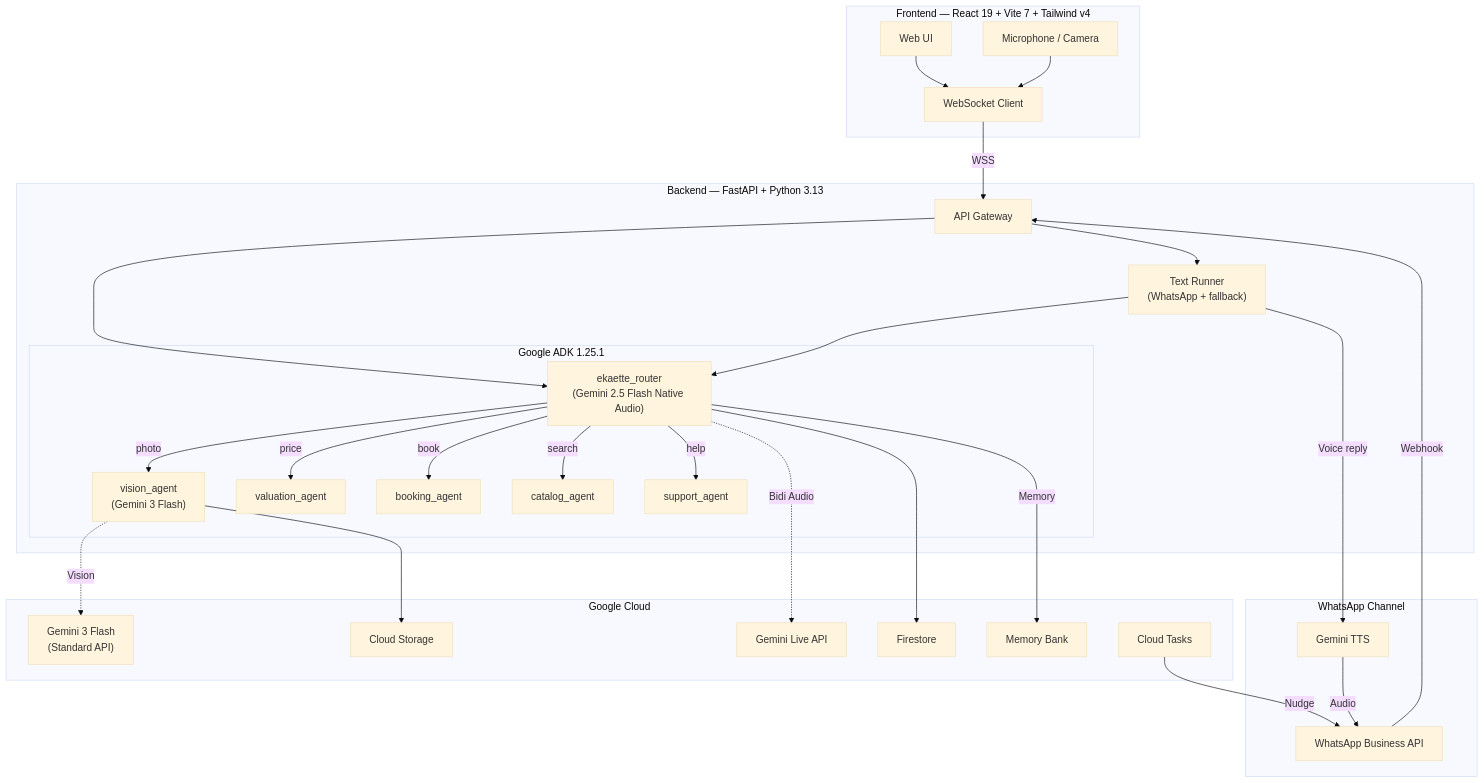
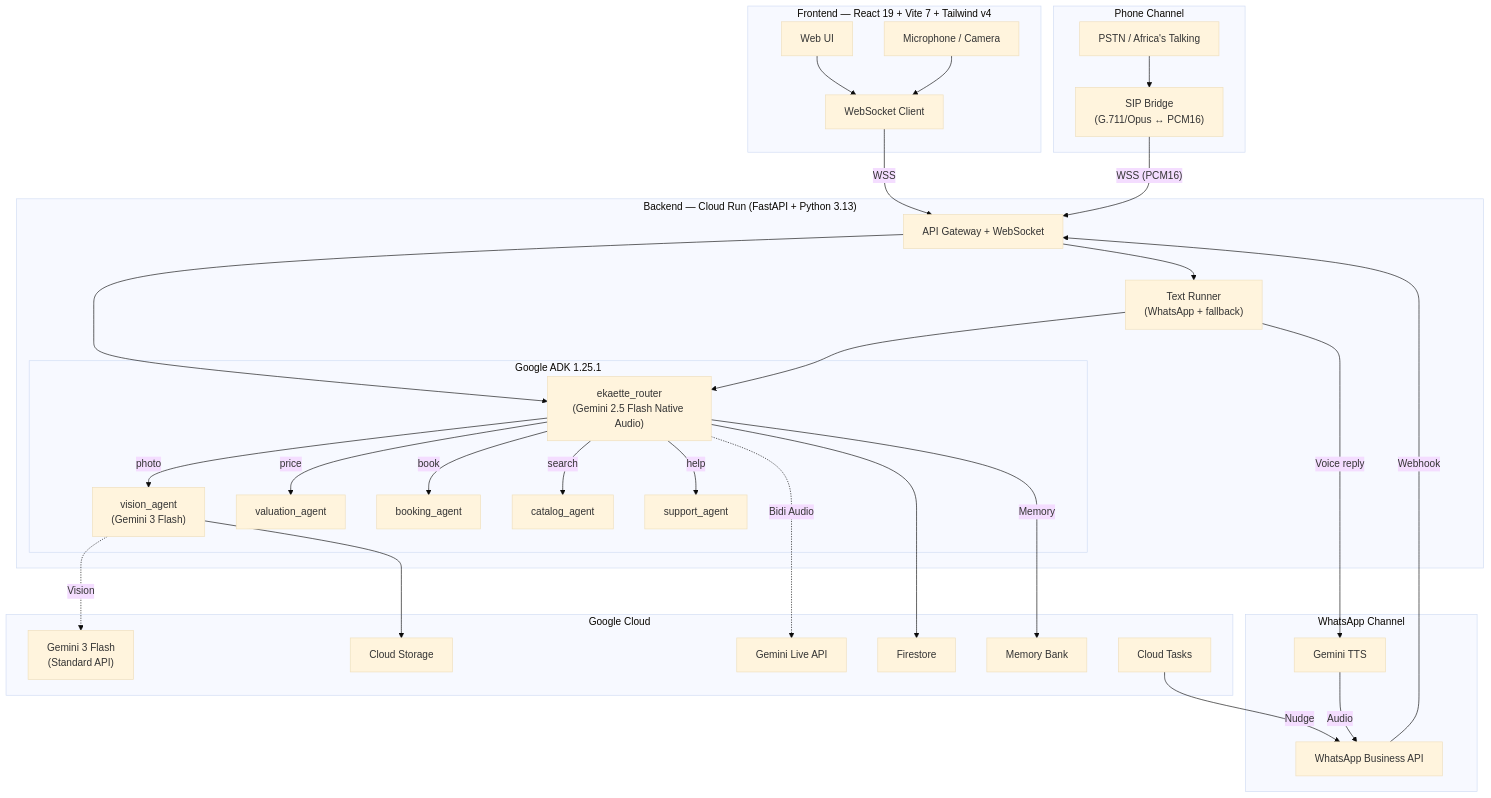
The diagram in docs/architecture/readme-architecture.mmd (ogabasseyy/ekaette), drawn with Mermaid (base theme) before and after one commit. The commit also changed 32 other files, not shown here.

First line of the commit message:
Single AI Brain: SIP bridge gateway mode routes through Cloud Run ADK

```diff
--- a/docs/architecture/readme-architecture.mmd
+++ b/docs/architecture/readme-architecture.mmd
@@ -1,54 +1,61 @@
 graph TB
     subgraph "Frontend — React 19 + Vite 7 + Tailwind v4"
         UI["Web UI"]
         WS["WebSocket Client"]
         MIC["Microphone / Camera"]
     end
 
     subgraph "WhatsApp Channel"
         WA["WhatsApp Business API"]
         TTS["Gemini TTS"]
     end
 
-    subgraph "Backend — FastAPI + Python 3.13"
-        GW["API Gateway"]
+    subgraph "Phone Channel"
+        PHONE["PSTN / Africa's Talking"]
+        SIP_B["SIP Bridge<br/>(G.711/Opus ↔ PCM16)"]
+    end
+
+    subgraph "Backend — Cloud Run (FastAPI + Python 3.13)"
+        GW["API Gateway + WebSocket"]
         subgraph "Google ADK 1.25.1"
             ROOT["ekaette_router<br/>(Gemini 2.5 Flash Native Audio)"]
             VA["vision_agent<br/>(Gemini 3 Flash)"]
             VLA["valuation_agent"]
             BA["booking_agent"]
             CA["catalog_agent"]
             SA["support_agent"]
         end
         TR["Text Runner<br/>(WhatsApp + fallback)"]
     end
 
     subgraph "Google Cloud"
         LIVE["Gemini Live API"]
         G3F["Gemini 3 Flash<br/>(Standard API)"]
         FS["Firestore"]
         CS["Cloud Storage"]
         MB["Memory Bank"]
         CT["Cloud Tasks"]
     end
 
     UI --> WS
     MIC --> WS
     WS -->|"WSS"| GW
     WA -->|"Webhook"| GW
+    PHONE --> SIP_B
+    SIP_B -->|"WSS (PCM16)"| GW
     GW --> ROOT
     GW --> TR
     TR --> ROOT
     ROOT -->|"photo"| VA
     ROOT -->|"price"| VLA
     ROOT -->|"book"| BA
     ROOT -->|"search"| CA
     ROOT -->|"help"| SA
     ROOT -.->|"Bidi Audio"| LIVE
     VA -.->|"Vision"| G3F
     ROOT --> FS
     VA --> CS
     ROOT -->|"Memory"| MB
     TR -->|"Voice reply"| TTS
     TTS -->|"Audio"| WA
     CT -->|"Nudge"| WA
```
